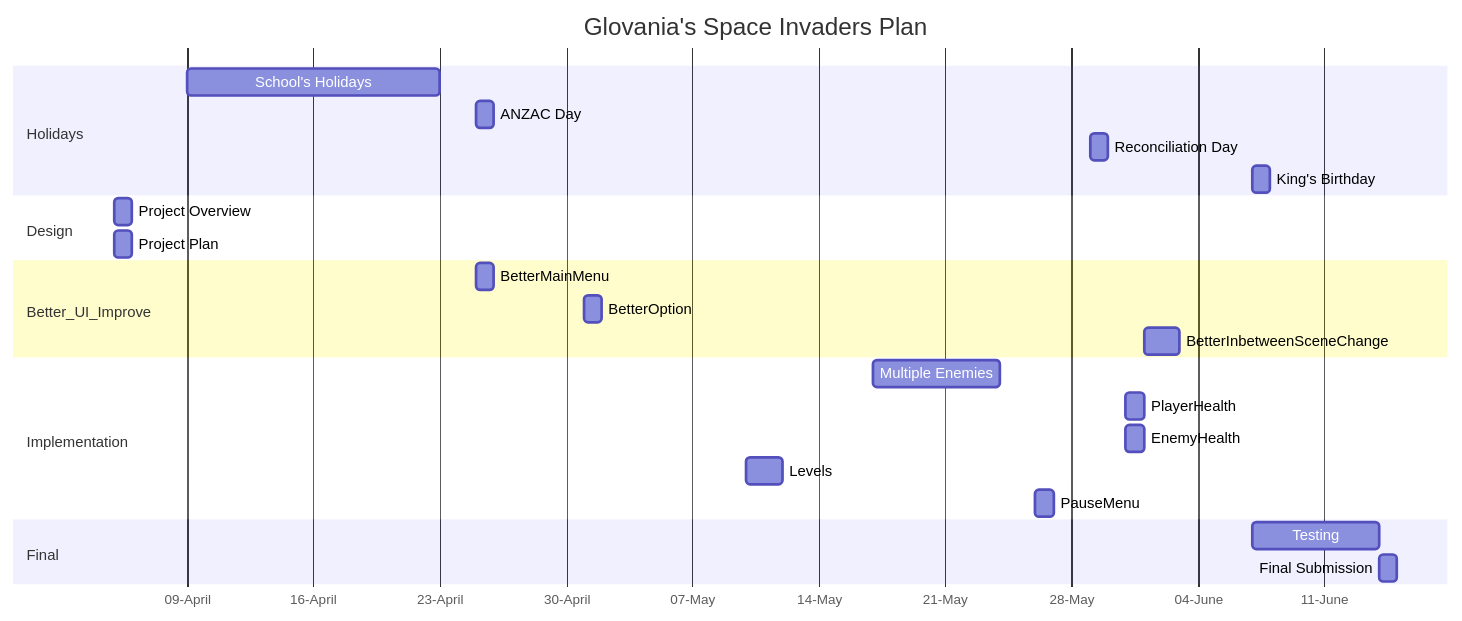
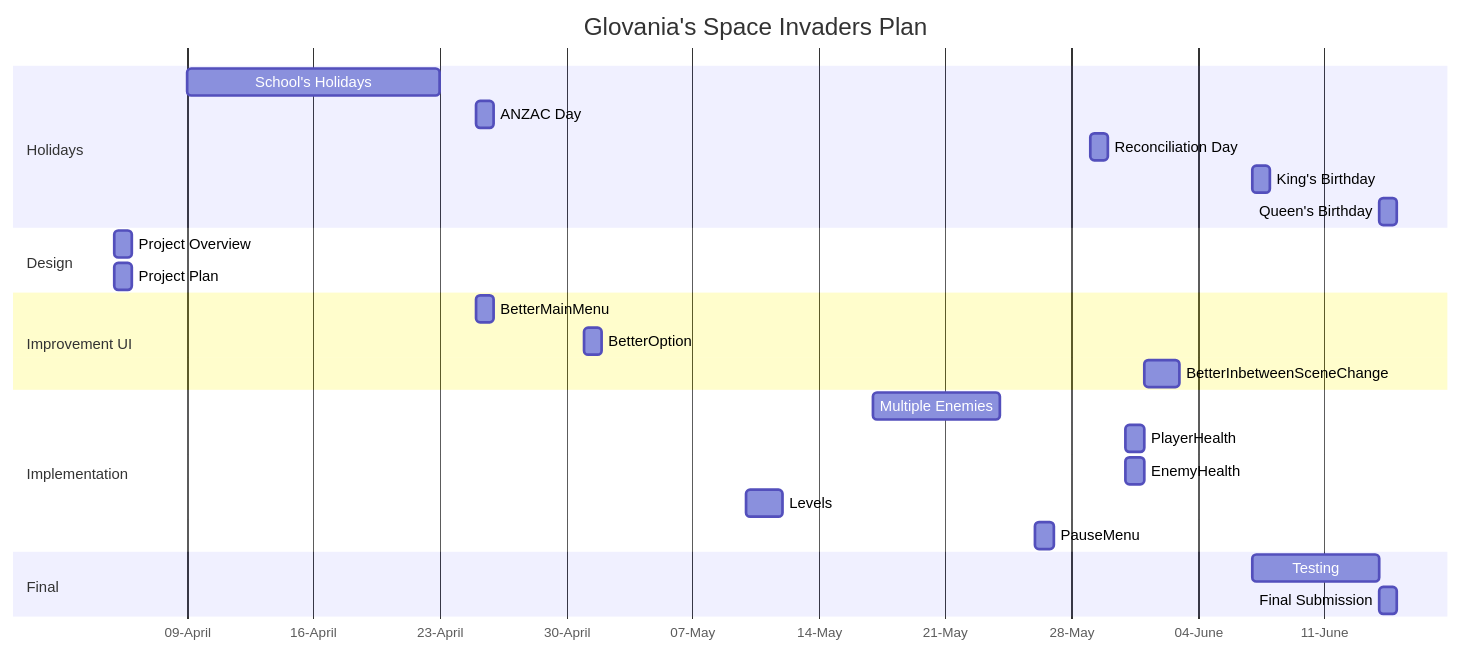
One commit to Glovania/Space-Invading changed the second of 2 diagrams in Design.md. Above: the diagram before and after it, drawn with Mermaid. The commit also changed 4 other files, not shown here.

Commit message:
Clean up codes and improve "Planning Diagram"

````diff
--- a/Design.md
+++ b/Design.md
@@ -57,33 +57,34 @@
 ```mermaid
 gantt
     title Glovania's Space Invaders Plan
     dateFormat DD-MM-YYYY
     axisFormat %d-%B
     tickInterval 1week
 
     section Holidays
     School's Holidays: 09-04-2023, 14d
     ANZAC Day: 25-04-2023, 1d
     Reconciliation Day: 29-05-2023, 1d
     King's Birthday: 07-06-2023, 1d
+    Queen's Birthday: 14-06-2023, 1d
 
     section Design
     Project Overview: 05-04-2023, 1d
     Project Plan: 05-04-2023, 1d
 
-    section Better_UI_Improve
+    section Improvement UI
     BetterMainMenu: 25-04-2023, 1d
     BetterOption: 01-05-2023, 1d
     BetterInbetweenSceneChange: 01-06-2023, 2d
 
     section Implementation
     Multiple Enemies: 17-05-2023, 7d
     PlayerHealth: 31-05-2023, 1d
     EnemyHealth: 31-05-2023, 1d
     Levels: 10-05-2023, 2d
     PauseMenu: 26-05-2023, 1d
 
     section Final
     Testing: 07-06-2023, 7d
     Final Submission: 14-06-2023, 1d
 ```
````
